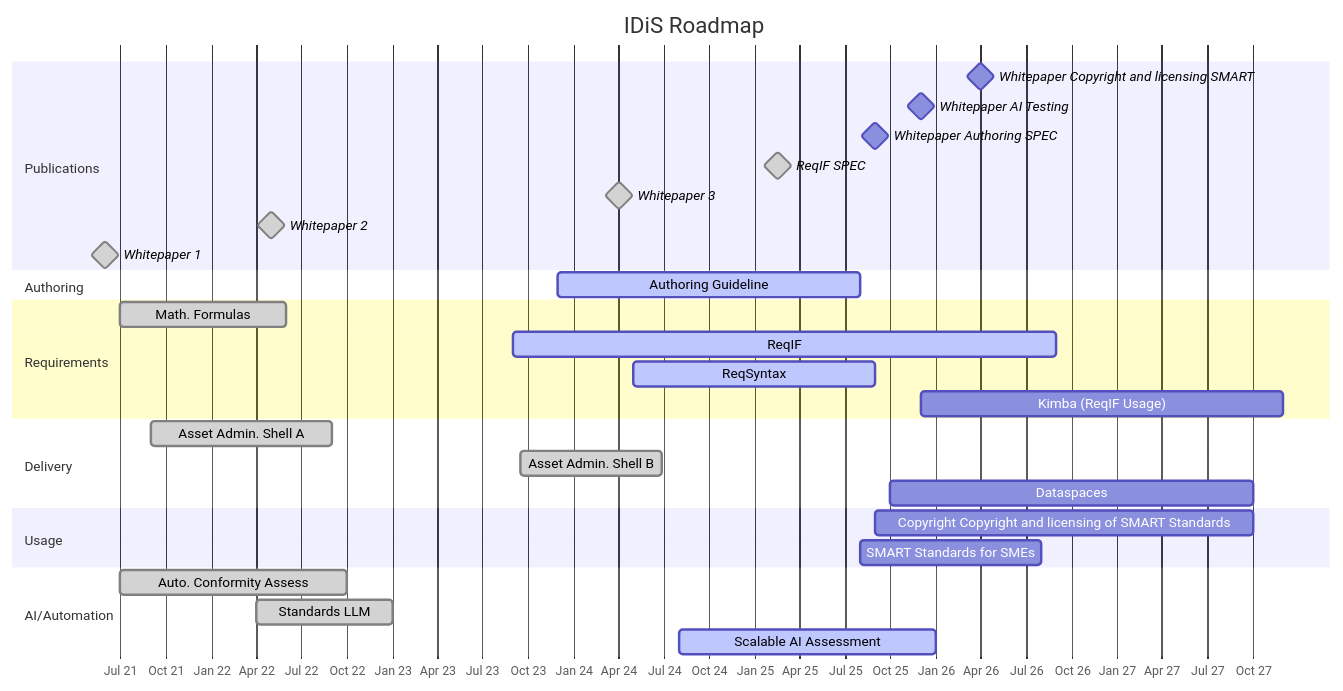
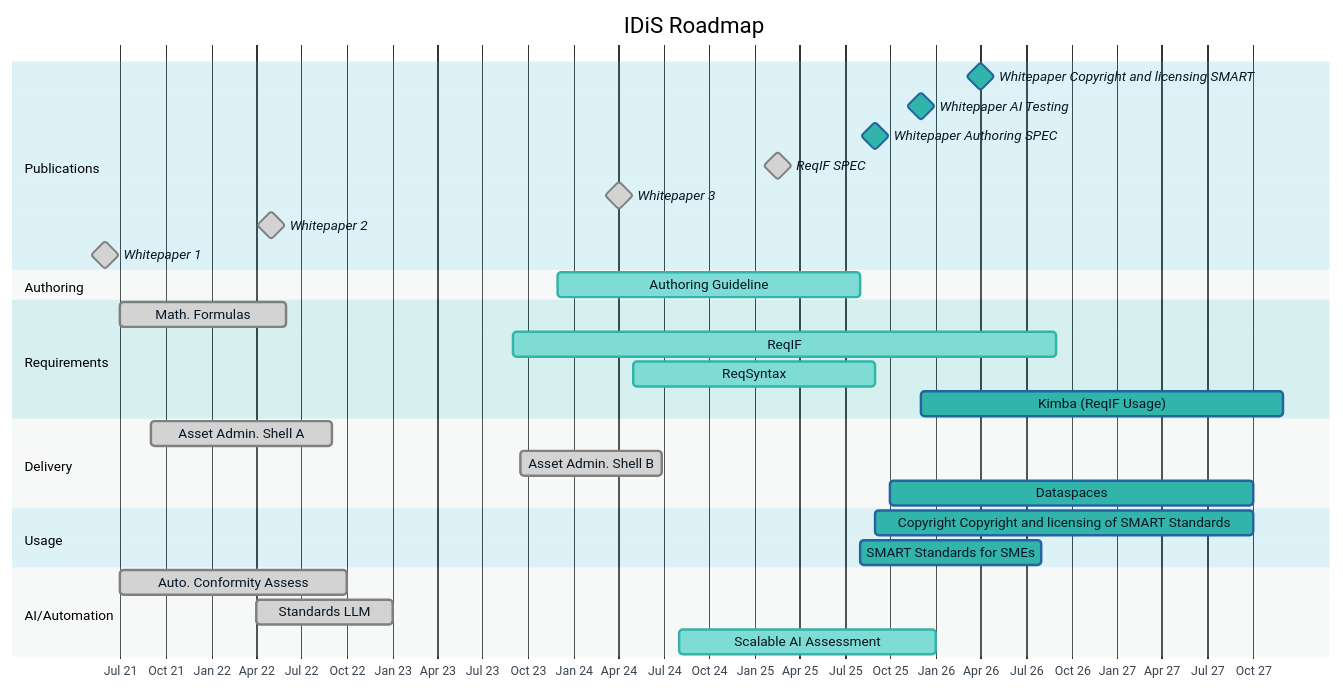
Before and after one commit to DIN-DKE/DKE_0001__SMART_Standards_Roadmap: the diagram in idis-roadmap.md, drawn with Mermaid. The commit also changed other lines of this file, not shown here.

Commit message:
re-add style to markdown

````diff
--- a/idis-roadmap.md
+++ b/idis-roadmap.md
@@ -1,40 +1,57 @@
 ```mermaid
+
+%%{
+  init: {
+    'theme': 'base',
+    'themeVariables': {
+      'fontFamily': 'Noto Sans, Arial, Sans-Serif',
+      'primaryColor': '#31b4aa',
+      'primaryTextColor': '#071625',
+      'primaryBorderColor': '#2564a1',
+      'lineColor': '#d5dddc',
+      'secondaryColor': '#3a8dcb',
+      'tertiaryColor': '#fff',
+      'sectionBkgColor': '#52bdd7',
+      'altSectionBkgColor': '#d5dddc'
+    }
+  }
+}%%
 
 gantt
     dateFormat  YYYY-MM-DD
     title       IDiS Roadmap
     tickInterval 3month
     axisFormat %b %y
 
     section Publications
     Whitepaper Copyright and licensing SMART : milestone, 2026-03-31, 1d
     Whitepaper AI Testing       : milestone, 2025-11-31, 1d
     Whitepaper Authoring SPEC         : milestone, 2025-08-30, 1d
     ReqIF SPEC             : milestone, done, 2025-02-15, 1d
     Whitepaper 3           : milestone, done, 2024-04-01, 1d
     Whitepaper 2           : milestone, done, 2022-05-01, 1d
     Whitepaper 1           : milestone, done, 2021-06-01, 1d
 
     section Authoring
     Authoring Guideline    : active, 2023-11-29, 2025-08-01
 
     section Requirements
     Math. Formulas         : done, 2021-07-01, 2022-06-01
     ReqIF                  : active, 2023-08-31, 2026-08-31
     ReqSyntax              : active, 2024-05-01, 2025-08-30
     Kimba (ReqIF Usage) :  2025-12-01, 2027-12-01
 
     section Delivery
     Asset Admin. Shell A   : done, 2021-09-01, 2022-09-01
     Asset Admin. Shell B   : done, 2023-09-15, 2024-06-26
     Dataspaces             : 2025-10-01, 2027-10-01
 
     section Usage
     Copyright Copyright and licensing of SMART Standards : 2025-09-01, 2027-10-01
     SMART Standards for SMEs : 2025-08-01, 2026-08-01
 
     section AI/Automation
     Auto. Conformity Assess: done, 2021-07-01, 2022-10-01
     Standards LLM          : done, 2022-04-01, 2023-01-01
     Scalable AI Assessment : active, 2024-08-01, 2025-12-31 
 ```
````
